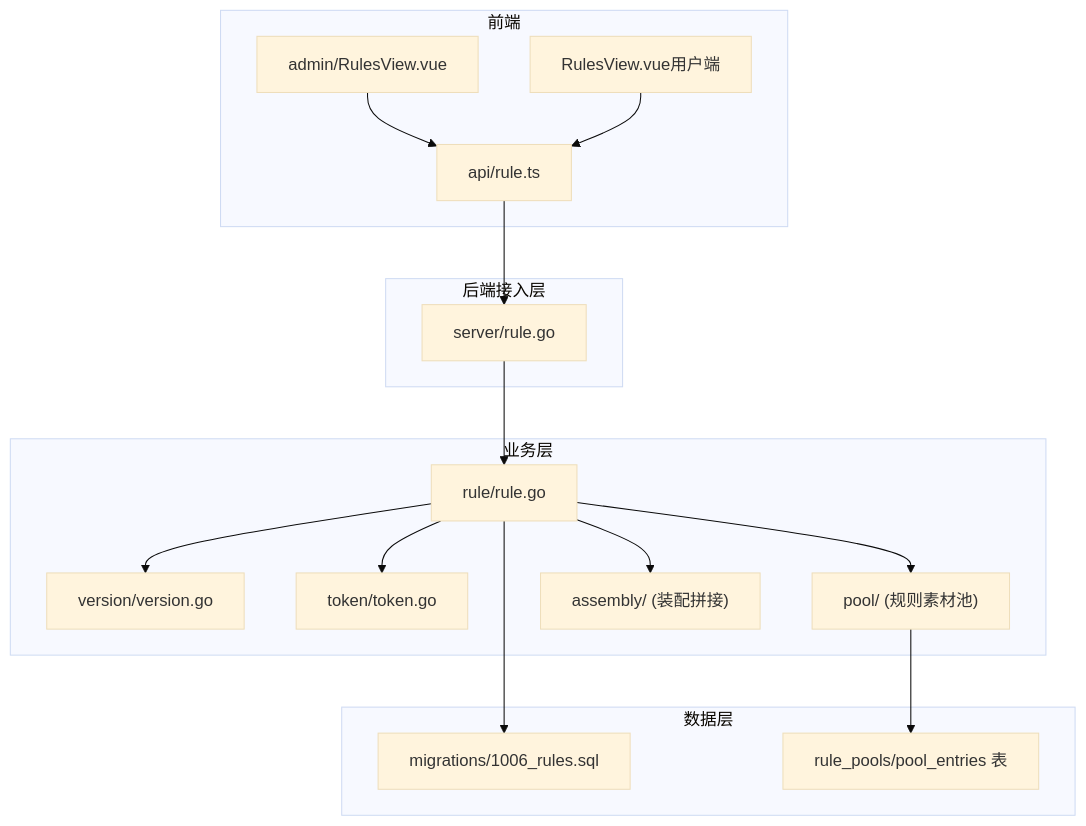
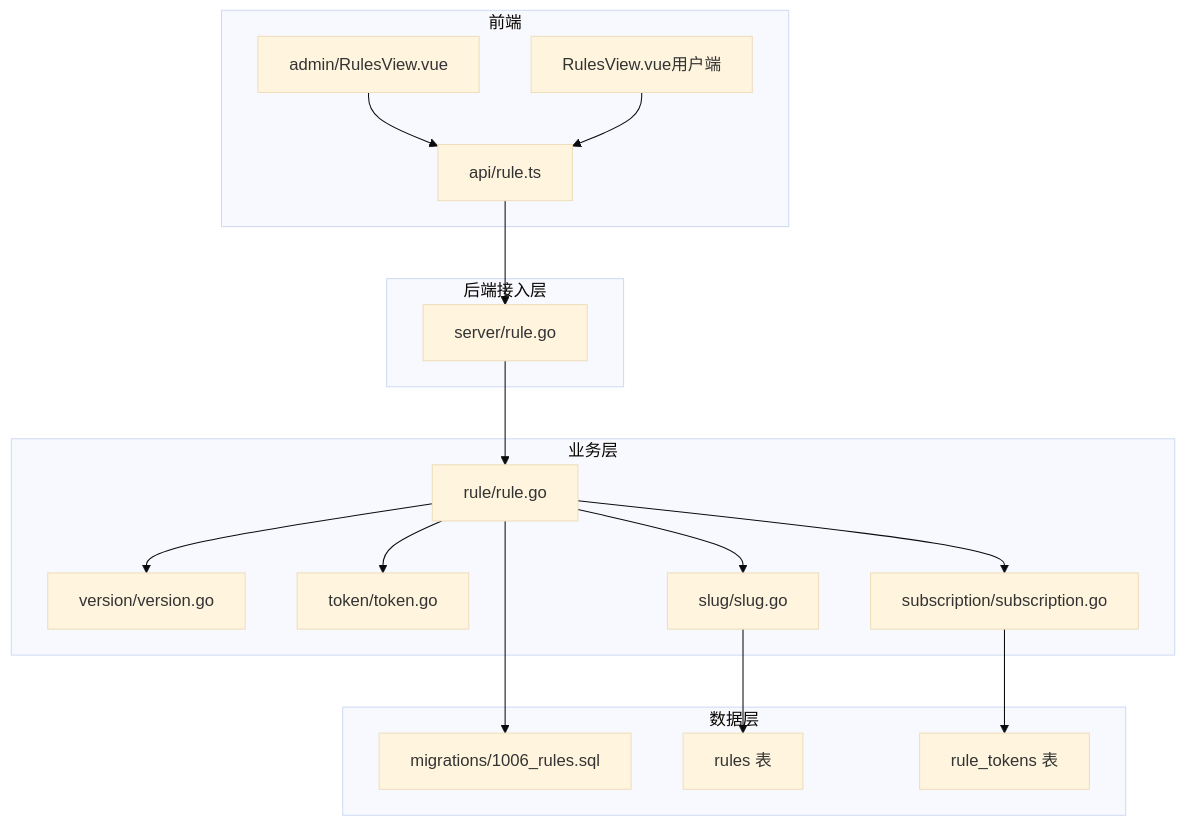
Before and after one commit to AlcaProphet/VPN-Subscription-Management: the first of 5 diagrams in .qoder/repowiki/zh/content/核心功能模块/规则引擎.md, drawn with Mermaid (base theme). The commit also changed other lines of this file and 5 other files, not shown here.

````diff
--- a/.qoder/repowiki/zh/content/核心功能模块/规则引擎.md
+++ b/.qoder/repowiki/zh/content/核心功能模块/规则引擎.md
@@ -49,32 +50,34 @@
 ```mermaid
 graph TB
 subgraph "前端"
 A["admin/RulesView.vue"]
 B["RulesView.vue用户端"]
 C["api/rule.ts"]
 end
 subgraph "后端接入层"
 D["server/rule.go"]
 end
 subgraph "业务层"
 E["rule/rule.go"]
 F["version/version.go"]
 G["token/token.go"]
-H["pool/ (规则素材池)"]
-I["assembly/ (装配拼接)"]
+H["slug/slug.go"]
+I["subscription/subscription.go"]
 end
 subgraph "数据层"
 J["migrations/1006_rules.sql"]
-K["rule_pools/pool_entries 表"]
+K["rules 表"]
+L["rule_tokens 表"]
 end
 A --> C
 B --> C
 C --> D
 D --> E
 E --> F
 E --> G
 E --> H
 E --> I
 E --> J
 H --> K
+I --> L
 ```
````
